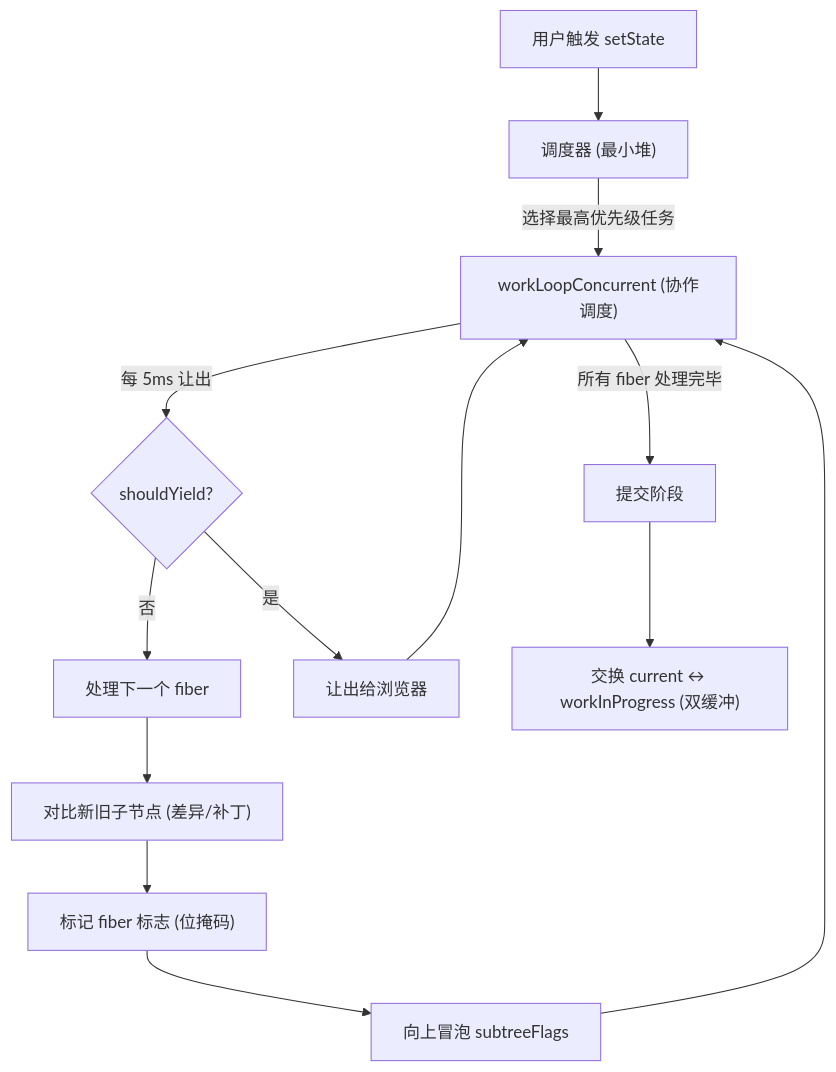
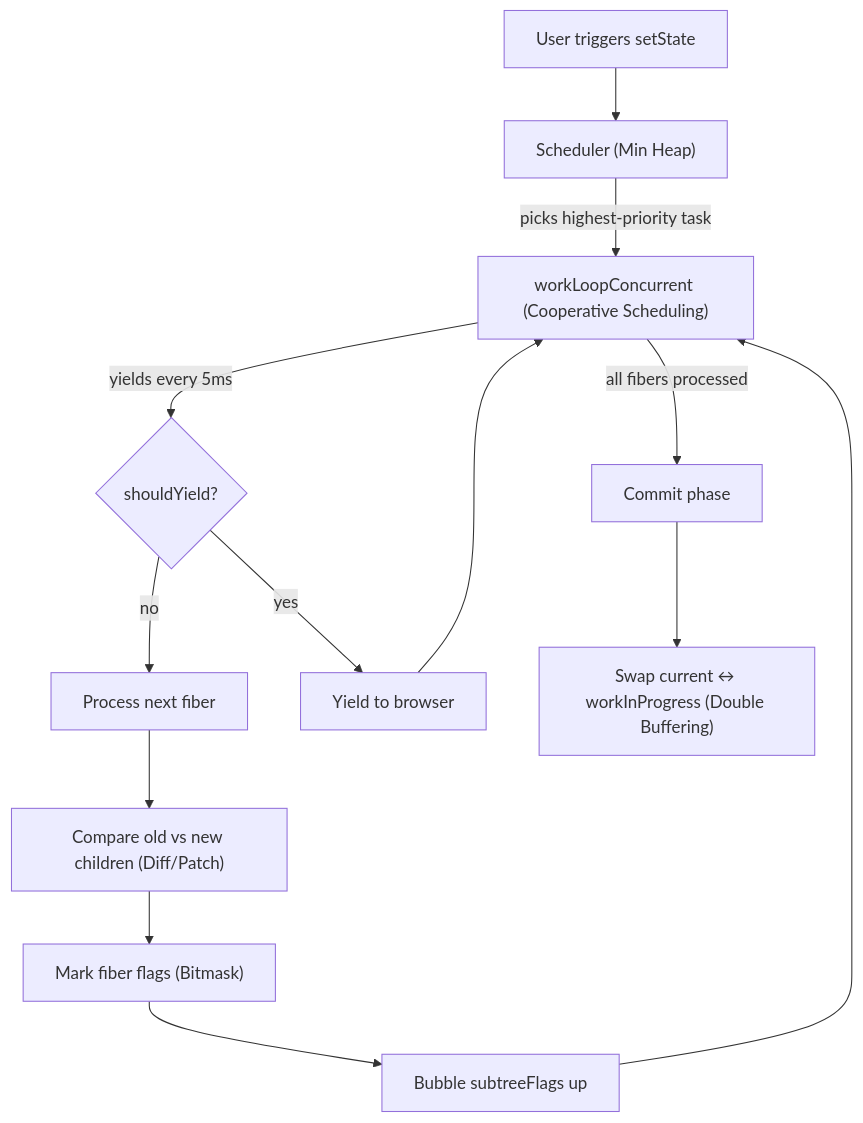
One commit to zzh0u/battle-tested-patterns changed the first of 6 diagrams in docs/zh/guide/pattern-connections.md. Above: the diagram before and after it, drawn with Mermaid. The commit also changed other lines of this file, not shown here.

````diff
--- a/docs/zh/guide/pattern-connections.md
+++ b/docs/zh/guide/pattern-connections.md
@@ -9,14 +9,14 @@
 ```mermaid
 flowchart TD
-    A["用户触发 setState"] --> B["调度器 (最小堆)"]
-    B -->|"选择最高优先级任务"| C["workLoopConcurrent (协作调度)"]
-    C -->|"每 5ms 让出"| D{"shouldYield?"}
-    D -->|"否"| E["处理下一个 fiber"]
-    D -->|"是"| F["让出给浏览器"] --> C
-    E --> G["对比新旧子节点 (差异/补丁)"]
-    G --> H["标记 fiber 标志 (位掩码)"]
-    H --> I["向上冒泡 subtreeFlags"]
+    A["User triggers setState"] --> B["Scheduler (Min Heap)"]
+    B -->|"picks highest-priority task"| C["workLoopConcurrent (Cooperative Scheduling)"]
+    C -->|"yields every 5ms"| D{"shouldYield?"}
+    D -->|"no"| E["Process next fiber"]
+    D -->|"yes"| F["Yield to browser"] --> C
+    E --> G["Compare old vs new children (Diff/Patch)"]
+    G --> H["Mark fiber flags (Bitmask)"]
+    H --> I["Bubble subtreeFlags up"]
     I --> C
-    C -->|"所有 fiber 处理完毕"| J["提交阶段"]
-    J --> K["交换 current ↔ workInProgress (双缓冲)"]
+    C -->|"all fibers processed"| J["Commit phase"]
+    J --> K["Swap current ↔ workInProgress (Double Buffering)"]
 ```
````
